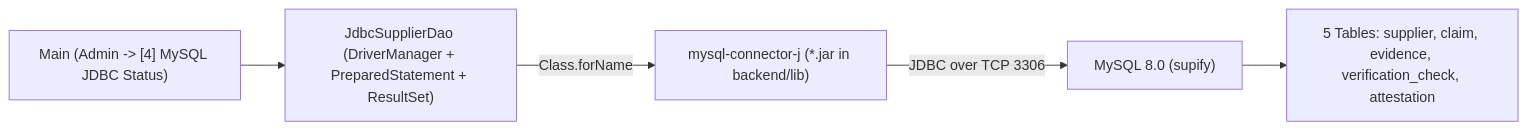
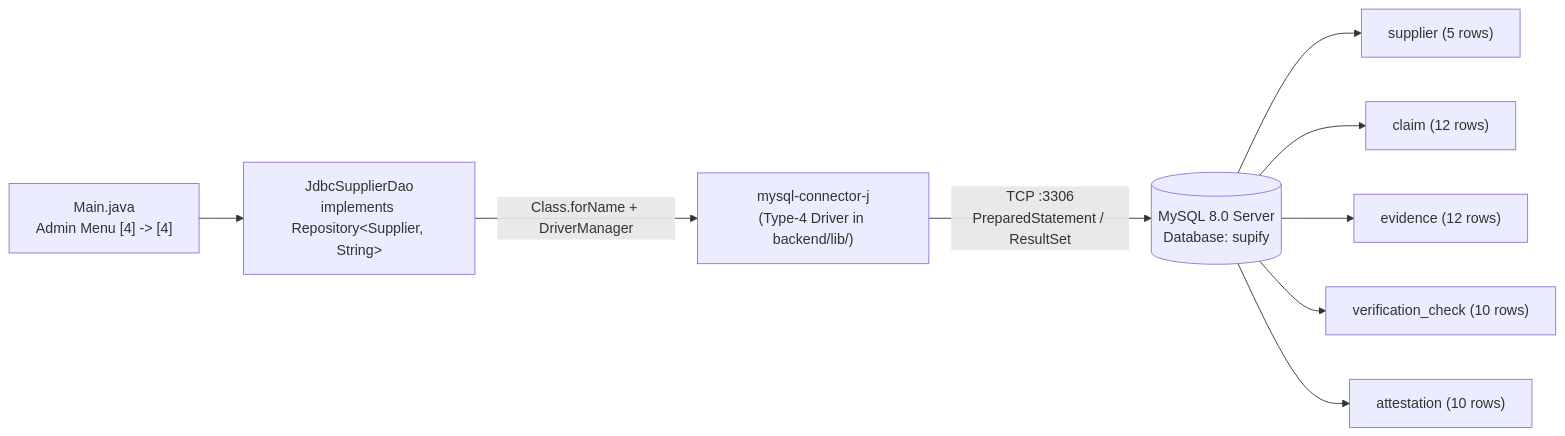
One commit to ArchitSublok/supify changed the second of 2 diagrams in docs/database-architecture.md. Above: the diagram before and after it, drawn with Mermaid. The commit also changed other lines of this file and 29 other files, not shown here.

Commit message:
docs: reconstruct UML/ER diagrams, live MySQL/JDBC entries, remove test suite mentions, and organize visuals under albums/

````diff
--- a/docs/database-architecture.md
+++ b/docs/database-architecture.md
@@ -78,7 +80,11 @@
 ```mermaid
 flowchart LR
-    CLI["Main (Admin -> [4] MySQL JDBC Status)"] --> DAO["JdbcSupplierDao (DriverManager + PreparedStatement + ResultSet)"]
-    DAO -->|"Class.forName"| DRV["mysql-connector-j (*.jar in backend/lib)"]
-    DRV -->|"JDBC over TCP 3306"| DB["MySQL 8.0 (supify)"]
-    DB --> TBL["5 Tables: supplier, claim, evidence, verification_check, attestation"]
+    CLI["Main.java<br/>Admin Menu [4] -> [4]"] --> DAO["JdbcSupplierDao<br/>implements Repository&lt;Supplier, String&gt;"]
+    DAO -->|"Class.forName + DriverManager"| DRV["mysql-connector-j<br/>(Type-4 Driver in backend/lib/)"]
+    DRV -->|"TCP :3306<br/>PreparedStatement / ResultSet"| DB[("MySQL 8.0 Server<br/>Database: supify")]
+    DB --> T1["supplier (5 rows)"]
+    DB --> T2["claim (12 rows)"]
+    DB --> T3["evidence (12 rows)"]
+    DB --> T4["verification_check (10 rows)"]
+    DB --> T5["attestation (10 rows)"]
 ```
````
